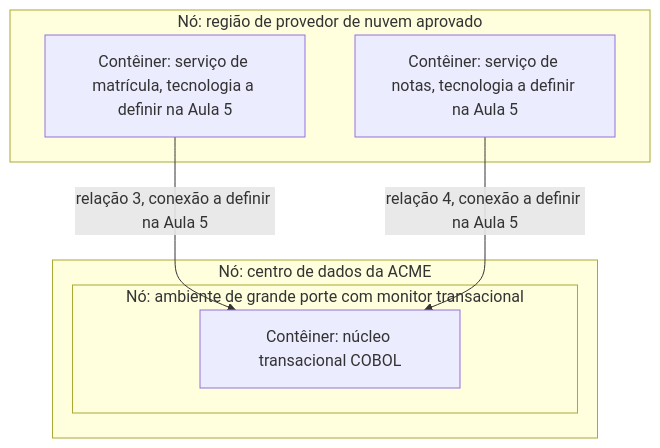
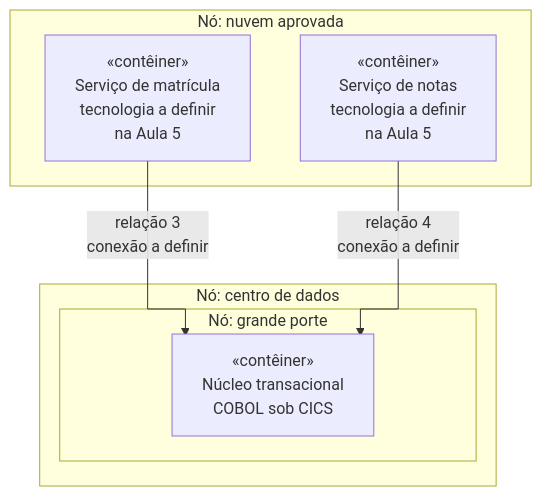
Before and after one commit to aulas-marco/projeto-arquitetura-software: the third of 3 diagrams in docs/modulo-4-dominios-da-solucao/bloco-4-arquitetura-de-infraestrutura.md, drawn with Mermaid. The commit also changed other lines of this file and 36 other files, not shown here.

First line of the commit message:
docs(aula-4): arquitetura de dados com DMBOK e diagramas legiveis

````diff
--- a/docs/modulo-4-dominios-da-solucao/bloco-4-arquitetura-de-infraestrutura.md
+++ b/docs/modulo-4-dominios-da-solucao/bloco-4-arquitetura-de-infraestrutura.md
@@ -244,14 +197,15 @@
 ```mermaid
-graph TD
-    subgraph DC["Nó: centro de dados da ACME"]
-        subgraph MF["Nó: ambiente de grande porte com monitor transacional"]
-            NUC["Contêiner: núcleo transacional COBOL"]
+%%{init: {"flowchart": {"curve": "stepAfter"}}}%%
+flowchart TB
+    subgraph NV["Nó: nuvem aprovada"]
+        SM["«contêiner»<br/>Serviço de matrícula<br/>tecnologia a definir<br/>na Aula 5"]
+        SN["«contêiner»<br/>Serviço de notas<br/>tecnologia a definir<br/>na Aula 5"]
+    end
+    subgraph DC["Nó: centro de dados"]
+        subgraph MF["Nó: grande porte"]
+            NUC["«contêiner»<br/>Núcleo transacional<br/>COBOL sob CICS"]
         end
     end
-    subgraph NV["Nó: região de provedor de nuvem aprovado"]
-        SM["Contêiner: serviço de matrícula, tecnologia a definir na Aula 5"]
-        SN["Contêiner: serviço de notas, tecnologia a definir na Aula 5"]
-    end
-    SM -->|"relação 3, conexão a definir na Aula 5"| NUC
-    SN -->|"relação 4, conexão a definir na Aula 5"| NUC
+    SM -->|"relação 3<br/>conexão a definir"| NUC
+    SN -->|"relação 4<br/>conexão a definir"| NUC
 ```
````
